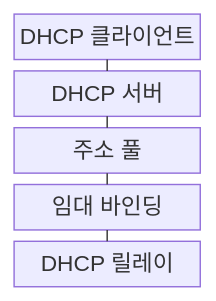
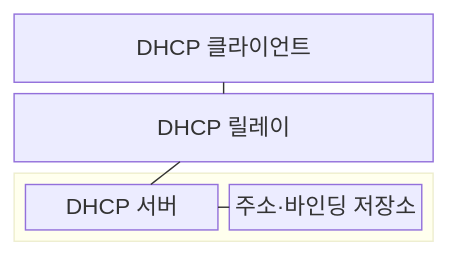
The first of 2 diagrams in src/content/docs/notes/04-network/007_dhcp.md (agnusdei1207/knowledge-base), drawn with Mermaid before and after one commit. The commit also changed other lines of this file and 20 other files, not shown here.

````diff
--- a/src/content/docs/notes/04-network/007_dhcp.md
+++ b/src/content/docs/notes/04-network/007_dhcp.md
@@ -56,13 +58,14 @@
 ```mermaid
-block-beta
+block
     columns 1
-    A["DHCP 클라이언트"]
-    B["DHCP 서버"]
-    C["주소 풀"]
-    D["임대 바인딩"]
-    E["DHCP 릴레이"]
-    A --- B
-    B --- C
-    C --- D
-    D --- E
+    C["DHCP 클라이언트"]
+    R["DHCP 릴레이"]
+    block:SERVER
+        columns 2
+        S["DHCP 서버"]
+        L["주소·바인딩 저장소"]
+    end
+    C --- R
+    R --- S
+    S --- L
 ```
````
